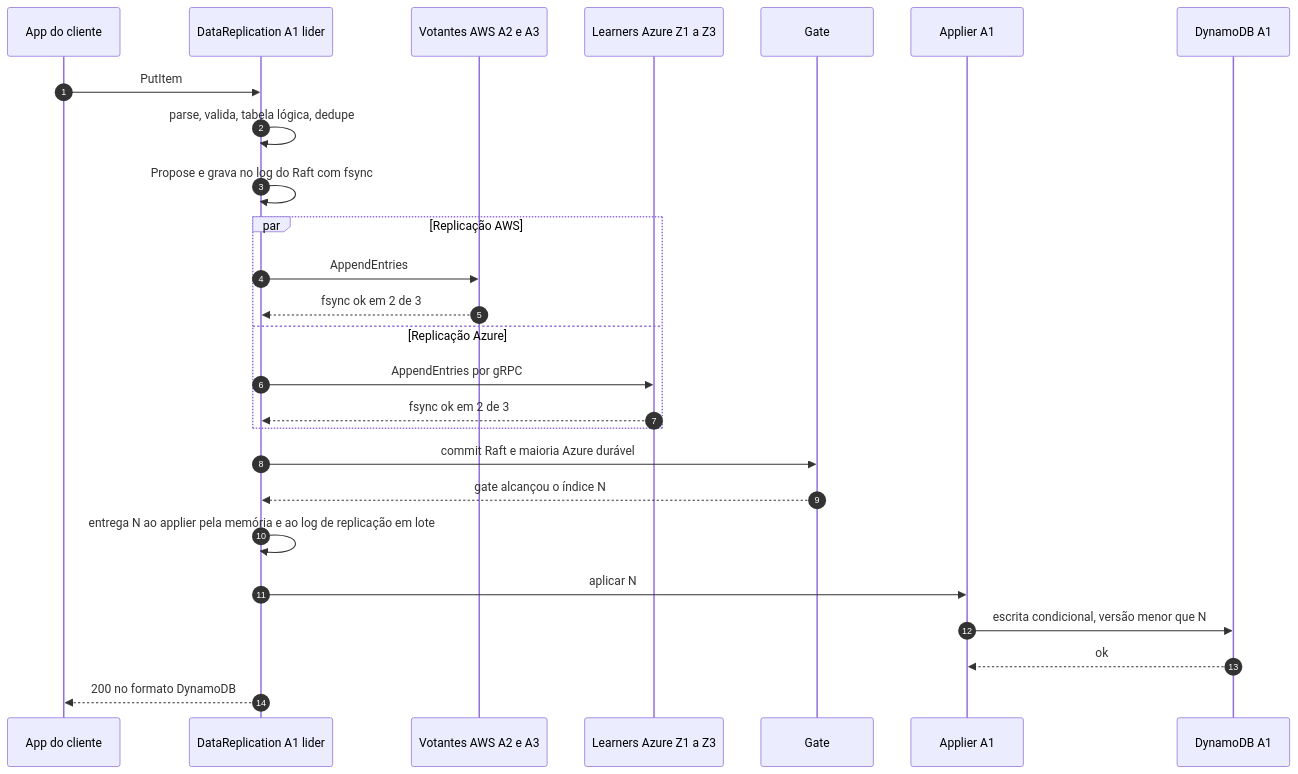
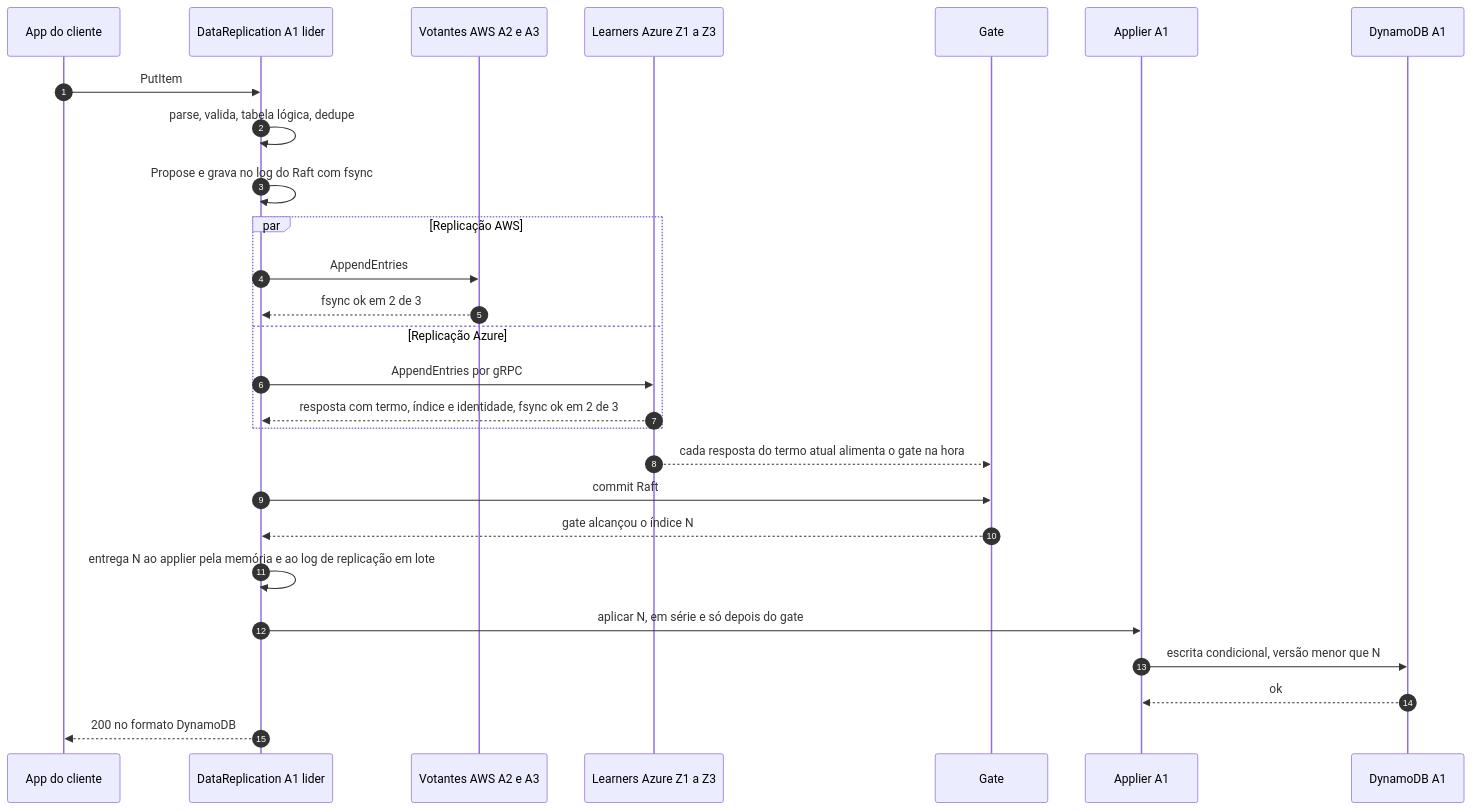
The diagram in 02_cenarios/atualizados/C03-escrita-strong.md (brbarmex/k), drawn with Mermaid before and after one commit. The commit also changed other lines of this file and 139 other files, not shown here.

````diff
--- a/02_cenarios/atualizados/C03-escrita-strong.md
+++ b/02_cenarios/atualizados/C03-escrita-strong.md
@@ -11,28 +11,29 @@
 ```mermaid
 sequenceDiagram
     autonumber
     participant App as App do cliente
     participant DR as DataReplication A1 lider
     participant R as Votantes AWS A2 e A3
     participant Z as Learners Azure Z1 a Z3
     participant G as Gate
     participant AP as Applier A1
     participant DB as DynamoDB A1
     App->>DR: PutItem
     DR->>DR: parse, valida, tabela lógica, dedupe
     DR->>DR: Propose e grava no log do Raft com fsync
     par Replicação AWS
         DR->>R: AppendEntries
         R-->>DR: fsync ok em 2 de 3
     and Replicação Azure
         DR->>Z: AppendEntries por gRPC
-        Z-->>DR: fsync ok em 2 de 3
+        Z-->>DR: resposta com termo, índice e identidade, fsync ok em 2 de 3
     end
-    DR->>G: commit Raft e maioria Azure durável
+    Z-->>G: cada resposta do termo atual alimenta o gate na hora
+    DR->>G: commit Raft
     G-->>DR: gate alcançou o índice N
     DR->>DR: entrega N ao applier pela memória e ao log de replicação em lote
-    DR->>AP: aplicar N
+    DR->>AP: aplicar N, em série e só depois do gate
     AP->>DB: escrita condicional, versão menor que N
     DB-->>AP: ok
     DR-->>App: 200 no formato DynamoDB
 ```
````
